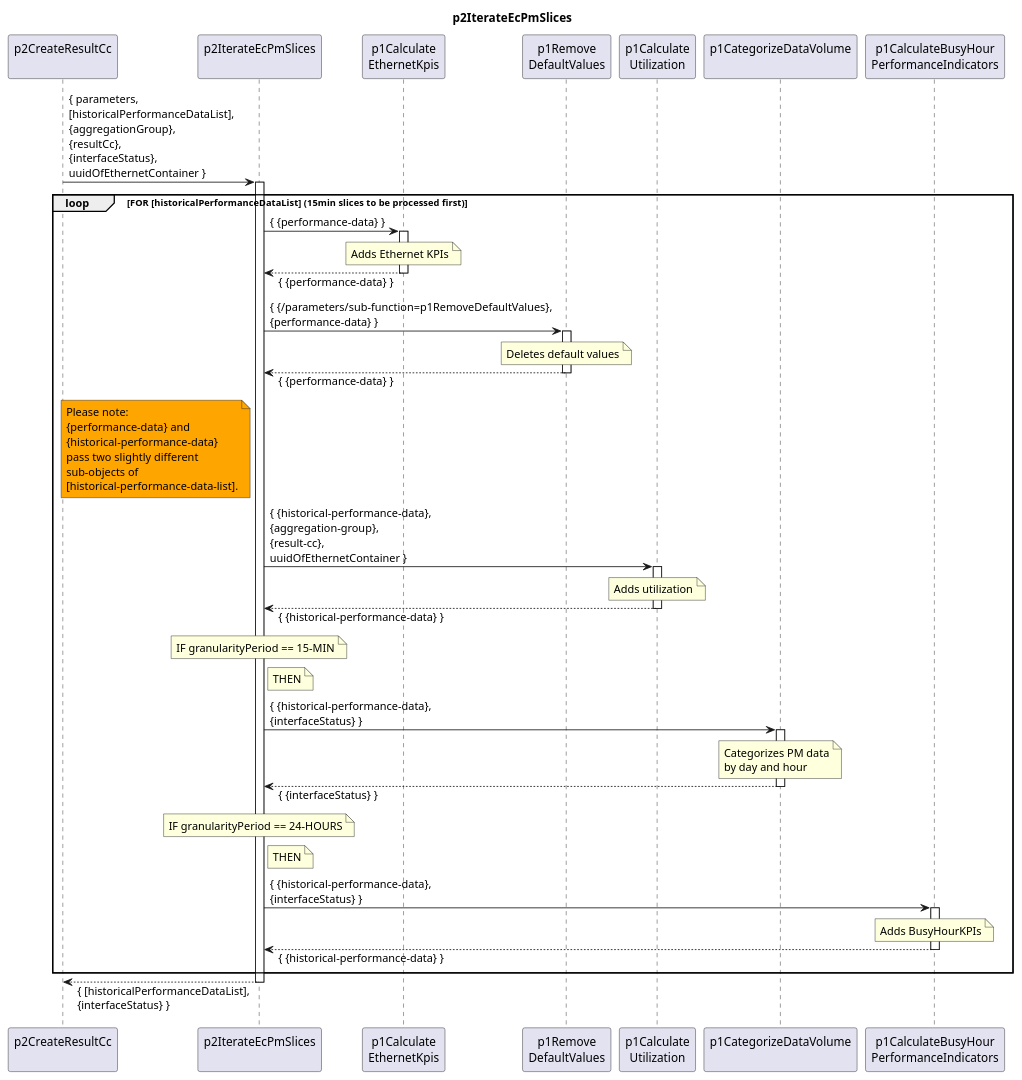
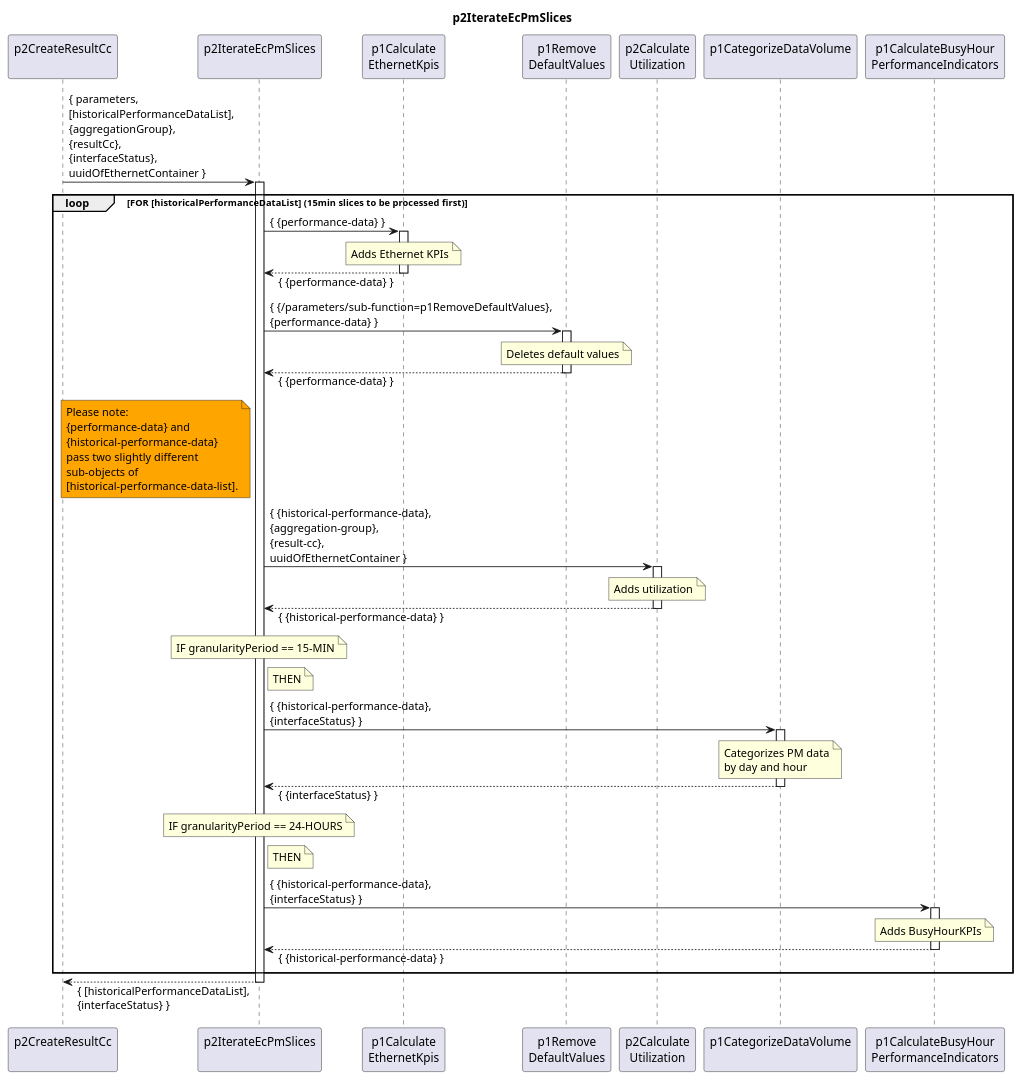
The diagram in spec/Functions/p2StreamPmData/p2ProcessDevice/p2CreateResultCc/p2IterateEcPmSlices/1.0.0/p2IterateEcPmSlices.plantuml (openBackhaul/DevicePerformanceManagementDataProcessor), drawn with PlantUML before and after one commit. The commit also changed 36 other files, not shown here.

```diff
--- a/spec/Functions/p2StreamPmData/p2ProcessDevice/p2CreateResultCc/p2IterateEcPmSlices/1.0.0/p2IterateEcPmSlices.plantuml
+++ b/spec/Functions/p2StreamPmData/p2ProcessDevice/p2CreateResultCc/p2IterateEcPmSlices/1.0.0/p2IterateEcPmSlices.plantuml
@@ -1,96 +1,96 @@
 @startuml p2IterateEcPmSlices
 skinparam responseMessageBelowArrow true
 
 title
   p2IterateEcPmSlices
 end title
 
 participant "p2CreateResultCc\n" as cur
 
 participant "p2IterateEcPmSlices\n" as iterateSlices
 participant "p1Calculate\nEthernetKpis" as intCC
 participant "p1Remove\nDefaultValues" as p1RemDefault
-participant "p1Calculate\nUtilization" as p1CalcUtil
+participant "p2Calculate\nUtilization" as p2CalcUtil
 participant "p1CategorizeDataVolume\n" as p1CatDataVo
 participant "p1CalculateBusyHour\nPerformanceIndicators" as p1CalcBH
 
 cur -> iterateSlices : { parameters,\n[historicalPerformanceDataList],\n{aggregationGroup},\n{resultCc},\n{interfaceStatus},\nuuidOfEthernetContainer }
 activate iterateSlices
 
   loop FOR [historicalPerformanceDataList]   (15min slices to be processed first)
 
     iterateSlices -> intCC : { {performance-data} }
     activate intCC
       note over intCC
         Adds Ethernet KPIs
       end note
     iterateSlices <-- intCC: { {performance-data} }
     deactivate intCC
 
     iterateSlices -> p1RemDefault : { {/parameters/sub-function=p1RemoveDefaultValues},\n{performance-data} }
     activate p1RemDefault
       note over p1RemDefault
         Deletes default values
       end note
     iterateSlices <-- p1RemDefault: { {performance-data} }
     deactivate p1RemDefault
 
     note left iterateSlices #Orange
       Please note:
       {performance-data} and
       {historical-performance-data}
       pass two slightly different
       sub-objects of
       [historical-performance-data-list].
     end note
 
 
-    iterateSlices -> p1CalcUtil : { {historical-performance-data},\n{aggregation-group},\n{result-cc},\nuuidOfEthernetContainer }
-    activate p1CalcUtil
-      note over p1CalcUtil
+    iterateSlices -> p2CalcUtil : { {historical-performance-data},\n{aggregation-group},\n{result-cc},\nuuidOfEthernetContainer }
+    activate p2CalcUtil
+      note over p2CalcUtil
         Adds utilization
       end note
-    iterateSlices <-- p1CalcUtil: { {historical-performance-data} }
-    deactivate p1CalcUtil
+    iterateSlices <-- p2CalcUtil: { {historical-performance-data} }
+    deactivate p2CalcUtil
 
     note over iterateSlices
       IF granularityPeriod == 15-MIN
     end note
 
     note right iterateSlices
       THEN
     end note
 
     iterateSlices -> p1CatDataVo : { {historical-performance-data},\n{interfaceStatus} }
     activate p1CatDataVo
       note over p1CatDataVo
         Categorizes PM data
         by day and hour
       end note
     iterateSlices <-- p1CatDataVo: { {interfaceStatus} }
     deactivate p1CatDataVo
 
     note over iterateSlices
       IF granularityPeriod == 24-HOURS
     end note
 
     note right iterateSlices
       THEN
     end note
 
     iterateSlices -> p1CalcBH : { {historical-performance-data},\n{interfaceStatus} }
     activate p1CalcBH
       note over p1CalcBH
         Adds BusyHourKPIs
       end note
     iterateSlices <-- p1CalcBH: { {historical-performance-data} }
     deactivate p1CalcBH
 
   end loop
 
 cur <-- iterateSlices : { [historicalPerformanceDataList],\n{interfaceStatus} }
 deactivate iterateSlices
 
 deactivate cur
 
 @enduml
```
